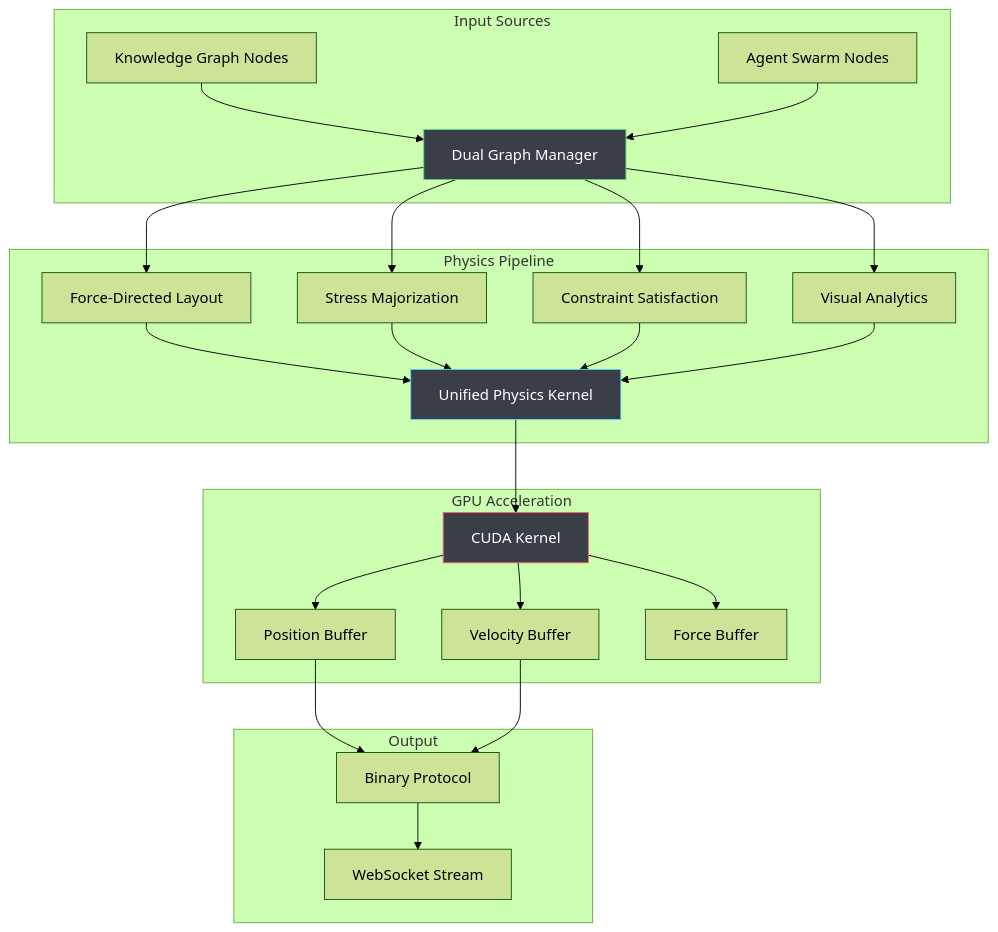
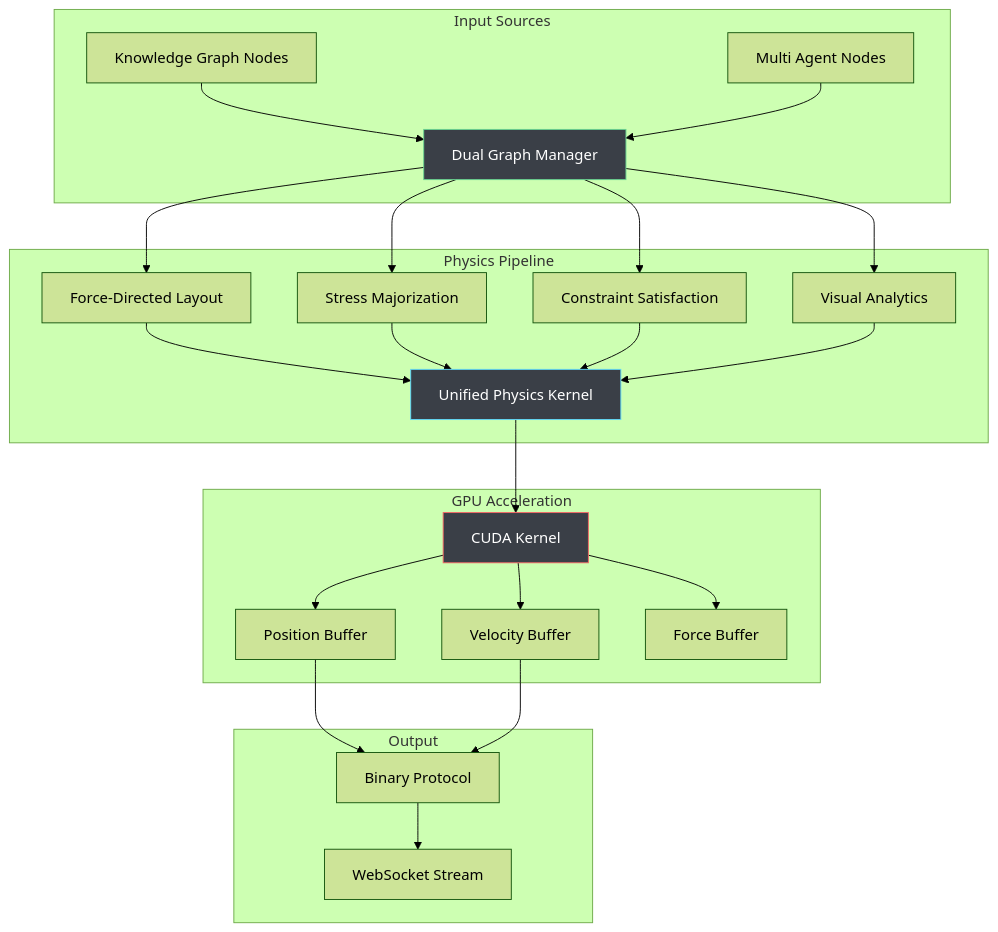
Before and after one commit to DreamLab-AI/VisionFlow: the diagram in docs/server/physics-engine.md, drawn with Mermaid (forest theme). The commit also changed other lines of this file and 62 other files, not shown here.

Commit message:
rename to multiAgent

````diff
--- a/docs/server/physics-engine.md
+++ b/docs/server/physics-engine.md
@@ -9,36 +9,36 @@
 ```mermaid
 graph TB
     subgraph "Input Sources"
         KG[Knowledge Graph Nodes] --> DGM[Dual Graph Manager]
-        AS[Agent Swarm Nodes] --> DGM
+        AS[Multi Agent Nodes] --> DGM
     end
-    
+
     subgraph "Physics Pipeline"
         DGM --> FD[Force-Directed Layout]
         DGM --> SM[Stress Majorization]
         DGM --> CS[Constraint Satisfaction]
         DGM --> VA[Visual Analytics]
-        
+
         FD --> UP[Unified Physics Kernel]
         SM --> UP
         CS --> UP
         VA --> UP
     end
-    
+
     subgraph "GPU Acceleration"
         UP --> CK[CUDA Kernel]
         CK --> POS[Position Buffer]
         CK --> VEL[Velocity Buffer]
         CK --> FORCE[Force Buffer]
     end
-    
+
     subgraph "Output"
         POS --> BIN[Binary Protocol]
         VEL --> BIN
         BIN --> WS[WebSocket Stream]
     end
-    
+
     style UP fill:#3A3F47,stroke:#61DAFB,color:#FFFFFF
     style CK fill:#3A3F47,stroke:#F56565,color:#FFFFFF
     style DGM fill:#3A3F47,stroke:#68D391,color:#FFFFFF
 ```
````
